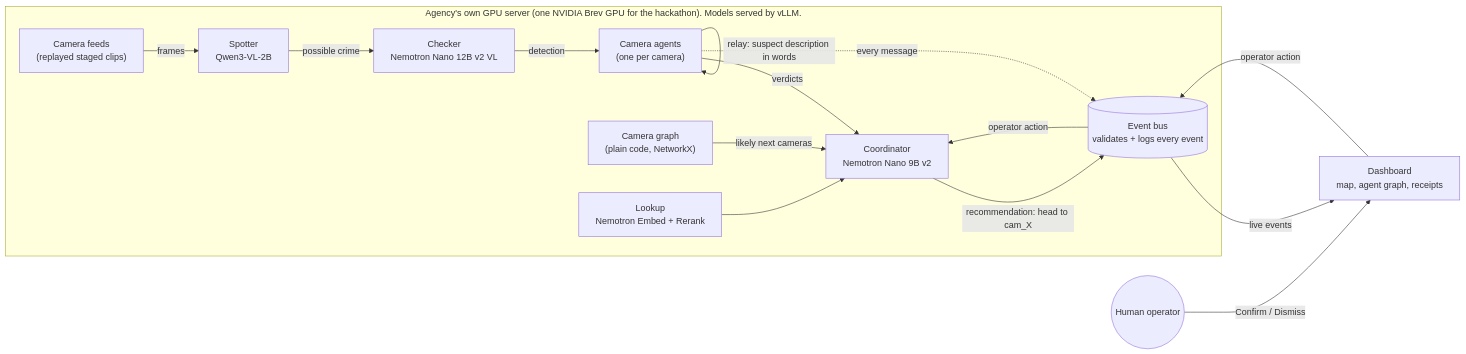
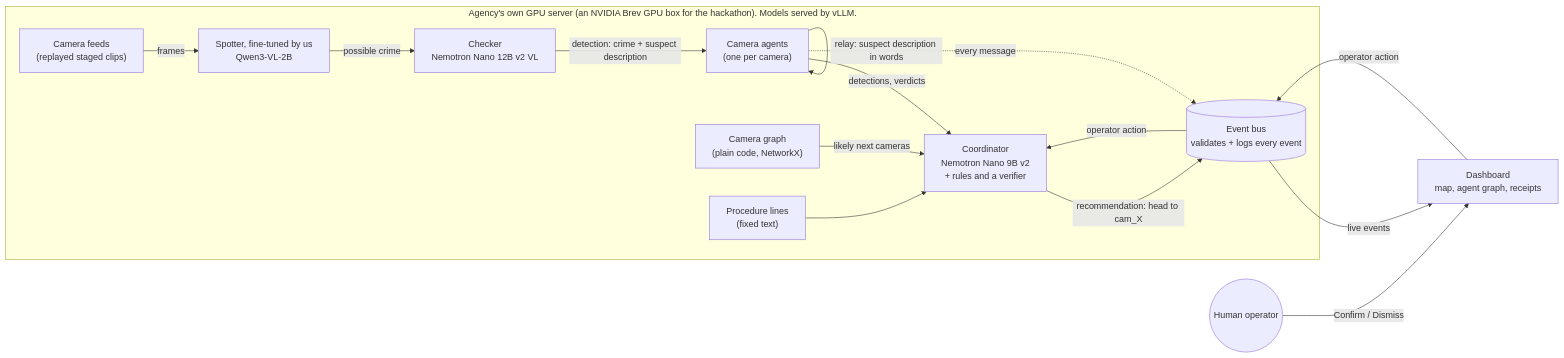
Before and after one commit to waliviqas/clarity-hackathon-n-r: the diagram in README.md, drawn with Mermaid. The commit also changed other lines of this file and 1 other file, not shown here.

Commit message:
Docs W2a: README for the Fine-Tuned track (spotter first, base results, exact 24.20B budget, lookup cut, clip 8 demo with scripted parts labelled); .env.example matches the code (CLARITY_LLM_*, SPOTTER_*, CLARITY_CLIP_ROOT, no embed/rerank)

````diff
--- a/README.md
+++ b/README.md
@@ -73,29 +150,29 @@
 ```mermaid
 flowchart LR
-  subgraph site["Agency's own GPU server (one NVIDIA Brev GPU for the hackathon). Models served by vLLM."]
+  subgraph site["Agency's own GPU server (an NVIDIA Brev GPU box for the hackathon). Models served by vLLM."]
     feeds["Camera feeds<br/>(replayed staged clips)"]
-    spotter["Spotter<br/>Qwen3-VL-2B"]
+    spotter["Spotter, fine-tuned by us<br/>Qwen3-VL-2B"]
     checker["Checker<br/>Nemotron Nano 12B v2 VL"]
     agents["Camera agents<br/>(one per camera)"]
-    coord["Coordinator<br/>Nemotron Nano 9B v2"]
+    coord["Coordinator<br/>Nemotron Nano 9B v2<br/>+ rules and a verifier"]
     camgraph["Camera graph<br/>(plain code, NetworkX)"]
-    lookup["Lookup<br/>Nemotron Embed + Rerank"]
+    guide["Procedure lines<br/>(fixed text)"]
     bus[("Event bus<br/>validates + logs every event")]
   end
   dash["Dashboard<br/>map, agent graph, receipts"]
   op(("Human operator"))
 
   feeds -->|frames| spotter
   spotter -->|possible crime| checker
-  checker -->|detection| agents
+  checker -->|"detection: crime + suspect description"| agents
   agents -->|"relay: suspect description in words"| agents
-  agents -->|verdicts| coord
+  agents -->|"detections, verdicts"| coord
   camgraph -->|likely next cameras| coord
-  lookup --> coord
+  guide --> coord
   coord -->|"recommendation: head to cam_X"| bus
   agents -.->|every message| bus
   bus -->|live events| dash
   op -->|Confirm / Dismiss| dash
   dash -->|operator action| bus
   bus -->|operator action| coord
 ```
````
